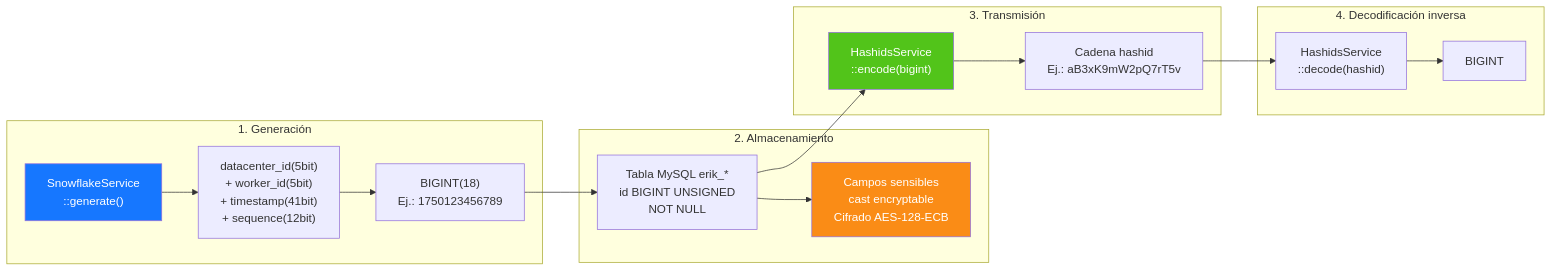
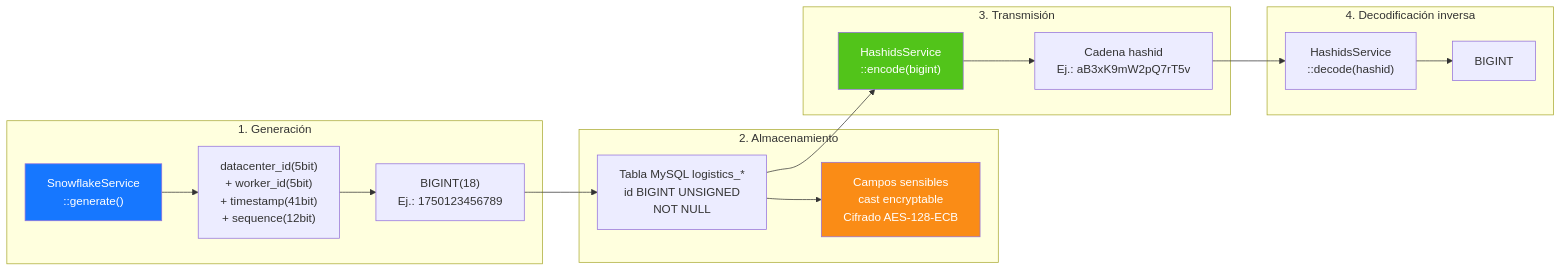
The seventh of 14 diagrams in admin/docs/ARCHITECTURE.es.md (erikwang2013/integrated-global-logistics), drawn with Mermaid before and after one commit. The commit also changed other lines of this file and 211 other files, not shown here.

````diff
--- a/admin/docs/ARCHITECTURE.es.md
+++ b/admin/docs/ARCHITECTURE.es.md
@@ -364,33 +364,33 @@
 ```mermaid
 flowchart LR
     subgraph "1. Generación"
         G1["SnowflakeService<br/>::generate()"]
         G2["datacenter_id(5bit)<br/>+ worker_id(5bit)<br/>+ timestamp(41bit)<br/>+ sequence(12bit)"]
         G3["BIGINT(18)<br/>Ej.: 1750123456789"]
         G1 --> G2 --> G3
     end
 
     subgraph "2. Almacenamiento"
-        S1["Tabla MySQL erik_*<br/>id BIGINT UNSIGNED<br/>NOT NULL"]
+        S1["Tabla MySQL logistics_*<br/>id BIGINT UNSIGNED<br/>NOT NULL"]
         S2["Campos sensibles<br/>cast encryptable<br/>Cifrado AES-128-ECB"]
         G3 --> S1
         S1 --> S2
     end
 
     subgraph "3. Transmisión"
         T1["HashidsService<br/>::encode(bigint)"]
         T2["Cadena hashid<br/>Ej.: aB3xK9mW2pQ7rT5v"]
         S1 --> T1
         T1 --> T2
     end
 
     subgraph "4. Decodificación inversa"
         R1["HashidsService<br/>::decode(hashid)"]
         R2["BIGINT"]
         T2 --> R1 --> R2
     end
 
     style G1 fill:#1677FF,color:#fff
     style T1 fill:#52C41A,color:#fff
     style S2 fill:#FA8C16,color:#fff
 ```
````
